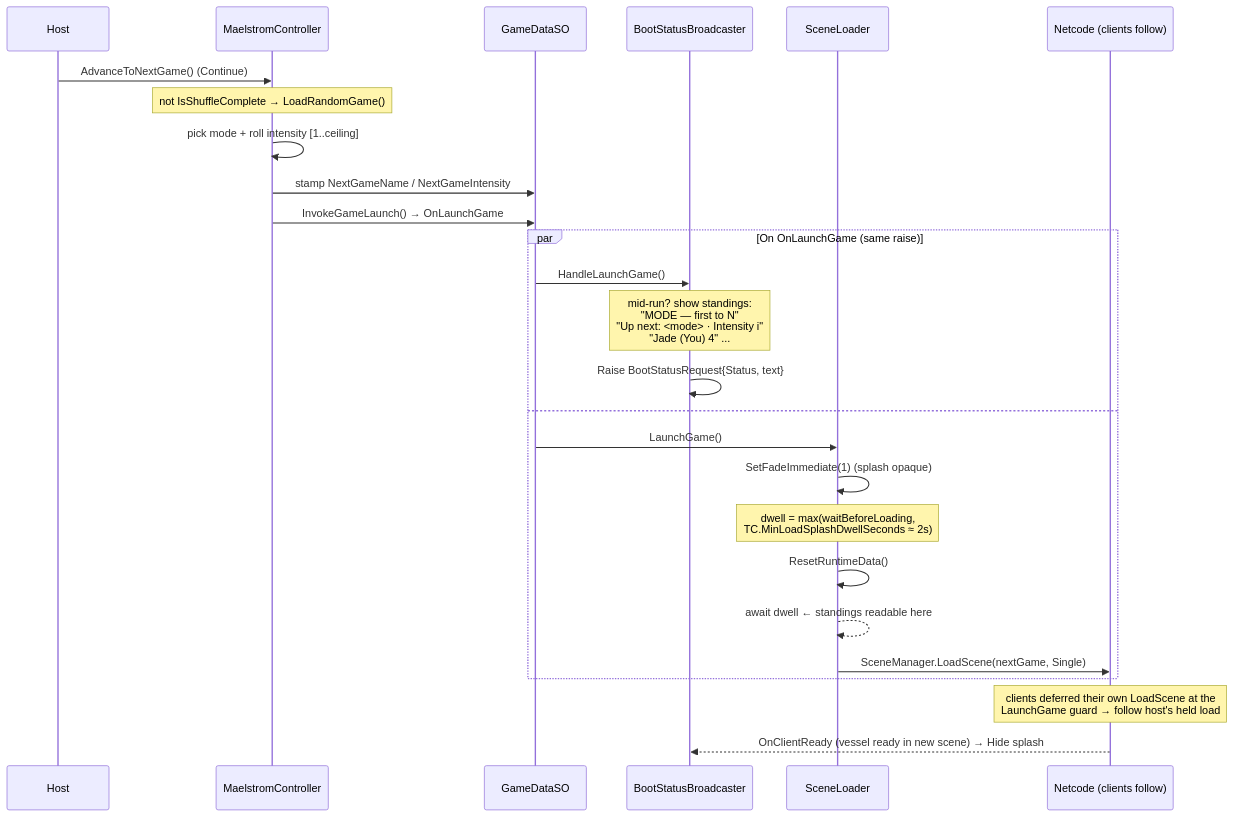
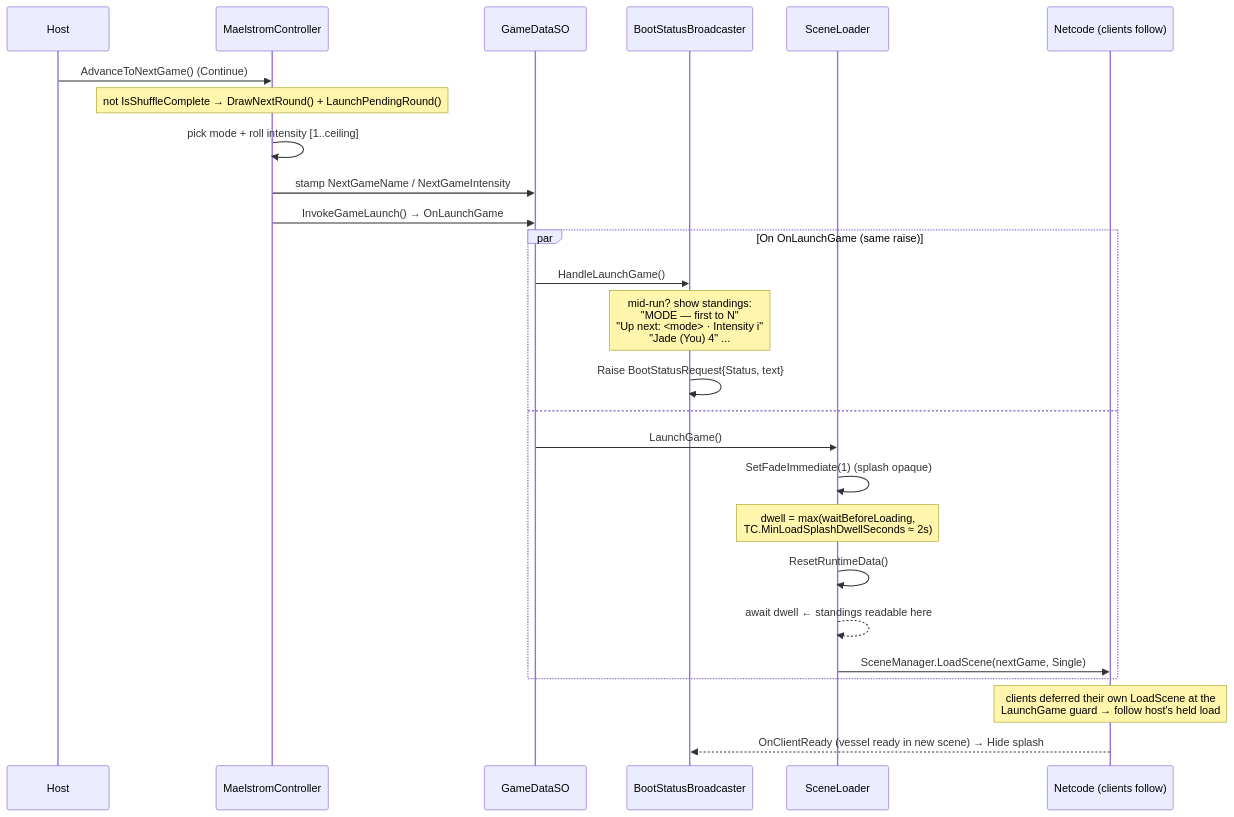
One commit to froglet-studio/Cosmic-Shore changed the second of 4 diagrams in Docs/MaelstromSystem/MAELSTROM_UX_HANDOFF.md. Above: the diagram before and after it, drawn with Mermaid. The commit also changed other lines of this file and 4 other files, not shown here.

````diff
--- a/Docs/MaelstromSystem/MAELSTROM_UX_HANDOFF.md
+++ b/Docs/MaelstromSystem/MAELSTROM_UX_HANDOFF.md
@@ -91,31 +91,31 @@
 ```mermaid
 sequenceDiagram
     participant Host
     participant TC as MaelstromController
     participant GD as GameDataSO
     participant BSB as BootStatusBroadcaster
     participant SL as SceneLoader
     participant Net as Netcode (clients follow)
 
     Host->>TC: AdvanceToNextGame() (Continue)
-    Note over TC: not IsShuffleComplete → LoadRandomGame()
+    Note over TC: not IsShuffleComplete → DrawNextRound() + LaunchPendingRound()
     TC->>TC: pick mode + roll intensity [1..ceiling]
     TC->>GD: stamp NextGameName / NextGameIntensity
     TC->>GD: InvokeGameLaunch() → OnLaunchGame
 
     par On OnLaunchGame (same raise)
         GD->>BSB: HandleLaunchGame()
         Note over BSB: mid-run? show standings:<br/>"MODE — first to N"<br/>"Up next: <mode> · Intensity i"<br/>"Jade (You)  4" ...
         BSB->>BSB: Raise BootStatusRequest{Status, text}
     and
         GD->>SL: LaunchGame()
         SL->>SL: SetFadeImmediate(1) (splash opaque)
         Note over SL: dwell = max(waitBeforeLoading,<br/>TC.MinLoadSplashDwellSeconds ≈ 2s)
         SL->>SL: ResetRuntimeData()
         SL-->>SL: await dwell  ← standings readable here
         SL->>Net: SceneManager.LoadScene(nextGame, Single)
     end
 
     Note over Net: clients deferred their own LoadScene at the<br/>LaunchGame guard → follow host's held load
     Net-->>BSB: OnClientReady (vessel ready in new scene) → Hide splash
 ```
````
